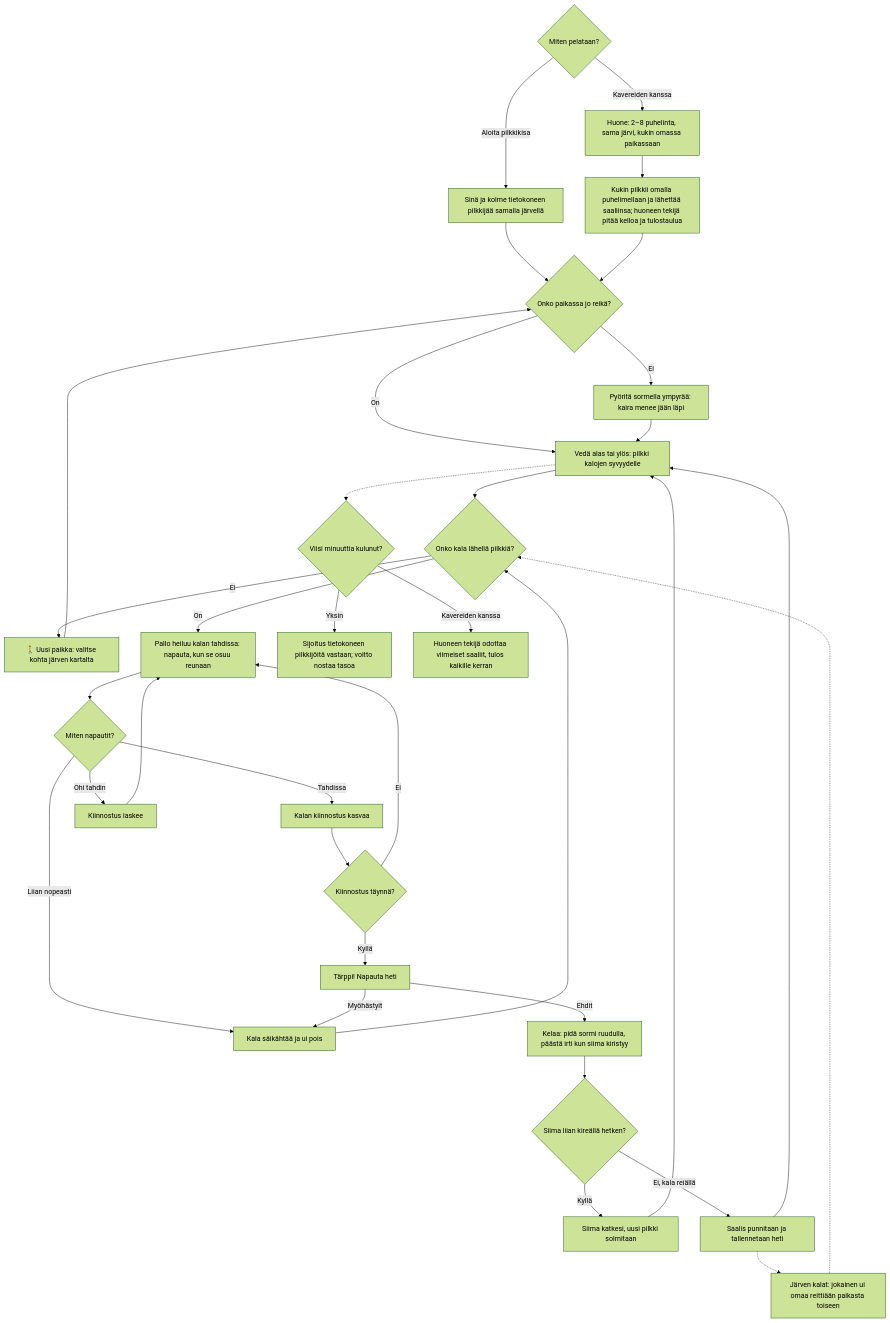
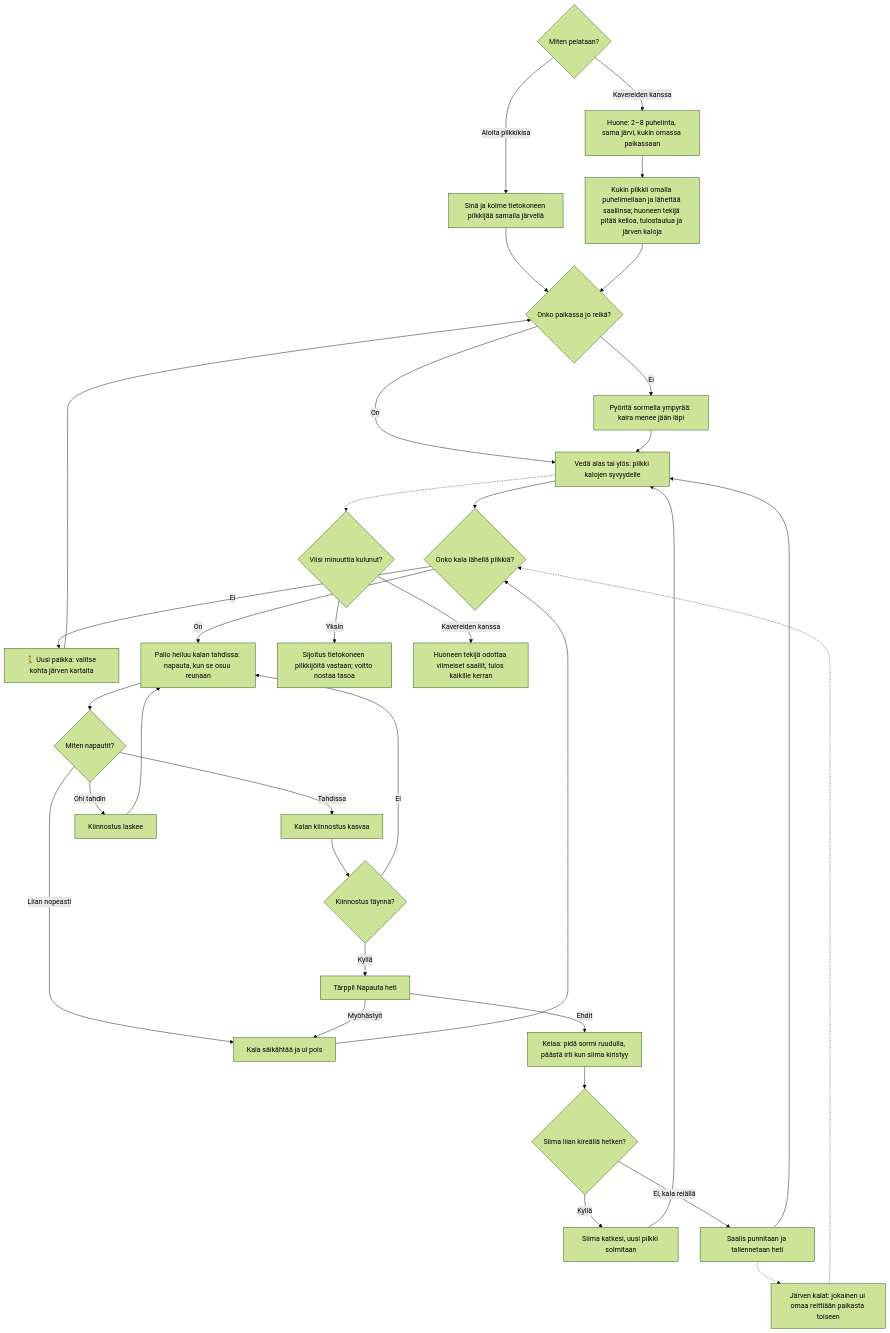
One commit to eerovil/ai-pelit changed the diagram in docs/diagrams/pilkkiminen.md. Above: the diagram before and after it, drawn with Mermaid (forest theme). The commit also changed other lines of this file and 2 other files, not shown here.

````diff
--- a/docs/diagrams/pilkkiminen.md
+++ b/docs/diagrams/pilkkiminen.md
@@ -9,44 +9,44 @@
 ```mermaid
 flowchart TD
   S{Miten pelataan?}
   S -- Aloita pilkkikisa --> S1[Sinä ja kolme tietokoneen pilkkijää samalla järvellä]
   S -- Kavereiden kanssa --> S2[Huone: 2–8 puhelinta, sama järvi, kukin omassa paikassaan]
-  S2 --> S3[Kukin pilkkii omalla puhelimellaan ja lähettää saaliinsa; huoneen tekijä pitää kelloa ja tulostaulua]
+  S2 --> S3[Kukin pilkkii omalla puhelimellaan ja lähettää saaliinsa; huoneen tekijä pitää kelloa, tulostaulua ja järven kaloja]
   S1 --> A
   S3 --> A
   A{Onko paikassa jo reikä?} -- Ei --> B[Pyöritä sormella ympyrää: kaira menee jään läpi]
   A -- On --> C
   B --> C[Vedä alas tai ylös: pilkki kalojen syvyydelle]
   Z[Järven kalat: jokainen ui omaa reittiään paikasta toiseen] -.-> D
   C --> D{Onko kala lähellä pilkkiä?}
   D -- Ei --> M[🚶 Uusi paikka: valitse kohta järven kartalta]
   M --> A
   D -- On --> E[Pallo heiluu kalan tahdissa: napauta, kun se osuu reunaan]
   E --> F{Miten napautit?}
   F -- Tahdissa --> G[Kalan kiinnostus kasvaa]
   F -- Ohi tahdin --> H[Kiinnostus laskee]
   F -- Liian nopeasti --> I[Kala säikähtää ja ui pois]
   G --> J{Kiinnostus täynnä?}
   H --> E
   I --> D
   J -- Ei --> E
   J -- Kyllä --> K[Tärppi! Napauta heti]
   K -- Ehdit --> L[Kelaa: pidä sormi ruudulla, päästä irti kun siima kiristyy]
   K -- Myöhästyit --> I
   L --> N{Siima liian kireällä hetken?}
   N -- Kyllä --> O[Siima katkesi, uusi pilkki solmitaan]
   O --> C
   N -- Ei, kala reiällä --> P[Saalis punnitaan ja tallennetaan heti]
   P --> C
   P -.-> Z
   C -.-> T{Viisi minuuttia kulunut?}
   T -- Yksin --> U[Sijoitus tietokoneen pilkkijöitä vastaan; voitto nostaa tasoa]
   T -- Kavereiden kanssa --> V[Huoneen tekijä odottaa viimeiset saaliit, tulos kaikille kerran]
   class S2,S3,V violet
   class S,A,D,F,J,N,T amber
   class B,C,E,K,L,M blue
   class G,P,Z teal
   class U green
   class H,I,O rose
   class S1 blue
 ```
````
